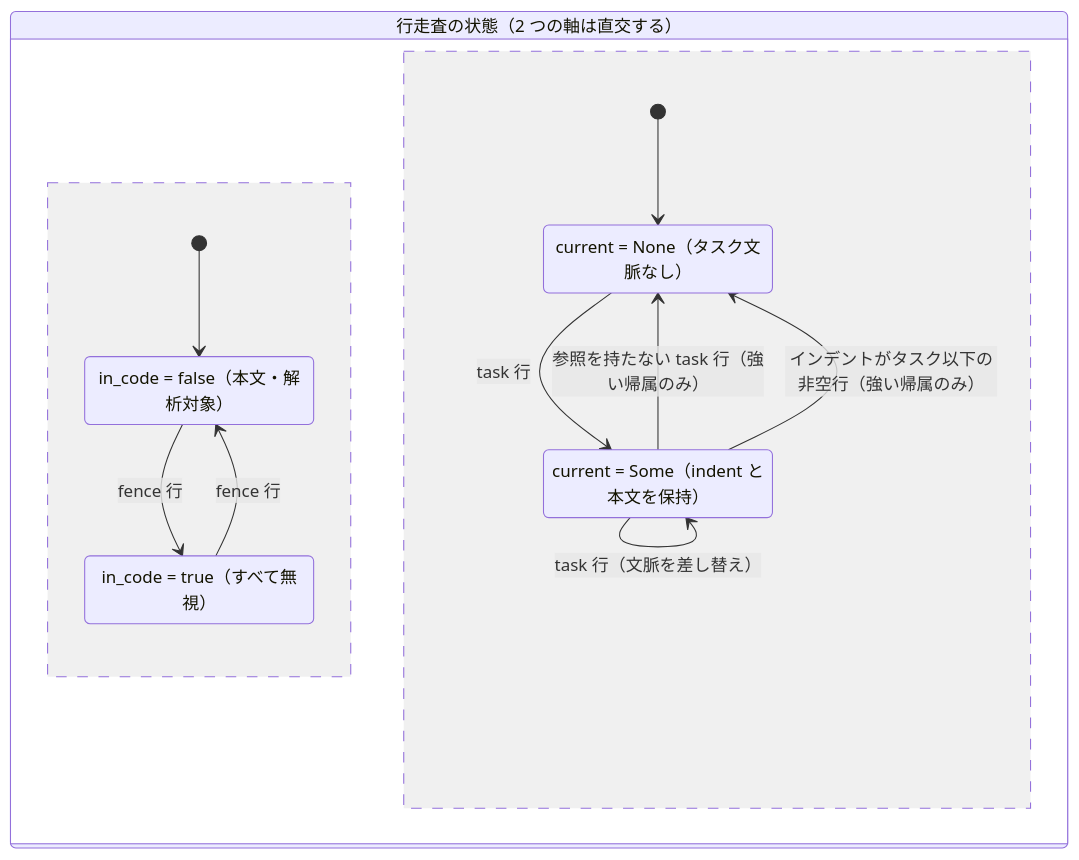
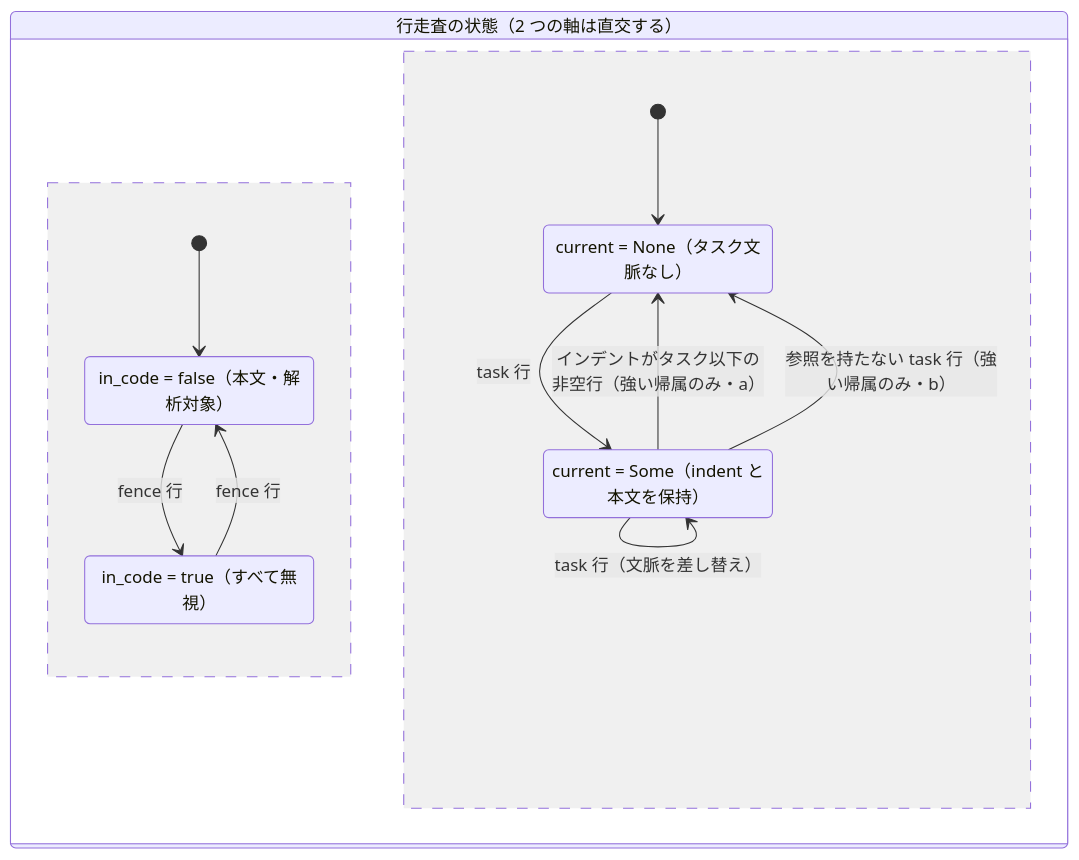
The first of 9 diagrams in docs/design.md (firstforest/daily-task-logger), drawn with Mermaid before and after one commit. The commit also changed other lines of this file and 4 other files, not shown here.

````diff
--- a/docs/design.md
+++ b/docs/design.md
@@ -105,18 +105,18 @@
 ```mermaid
 stateDiagram-v2
     state "行走査の状態（2 つの軸は直交する）" as Scan {
         [*] --> Body
         Body : in_code = false（本文・解析対象）
         Code : in_code = true（すべて無視）
         Body --> Code : fence 行
         Code --> Body : fence 行
         --
         [*] --> NoCtx
         NoCtx : current = None（タスク文脈なし）
         InCtx : current = Some（indent と本文を保持）
         NoCtx --> InCtx : task 行
         InCtx --> InCtx : task 行（文脈を差し替え）
-        InCtx --> NoCtx : 参照を持たない task 行（強い帰属のみ）
-        InCtx --> NoCtx : インデントがタスク以下の非空行（強い帰属のみ）
+        InCtx --> NoCtx : インデントがタスク以下の非空行（強い帰属のみ・a）
+        InCtx --> NoCtx : 参照を持たない task 行（強い帰属のみ・b）
     }
 ```
````
